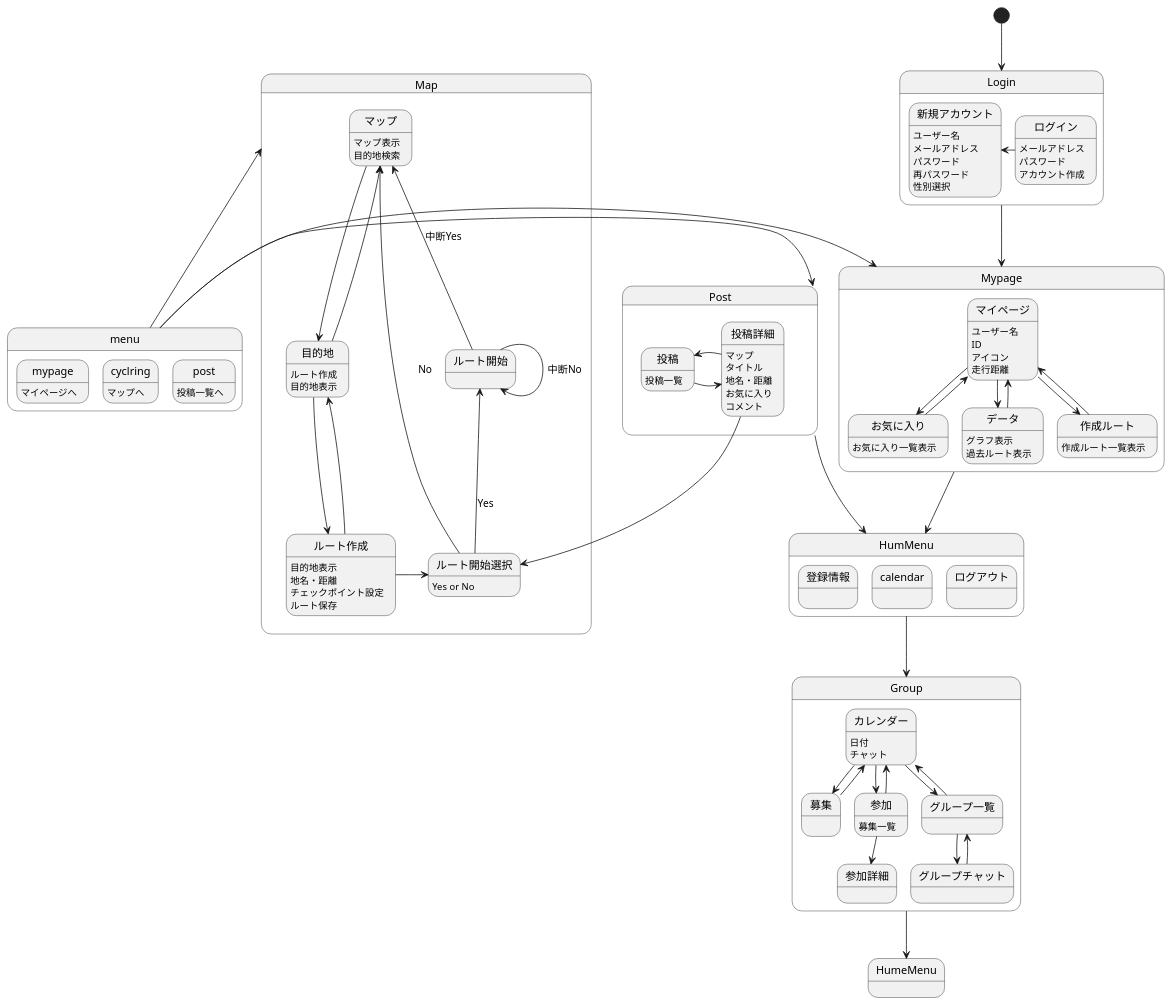
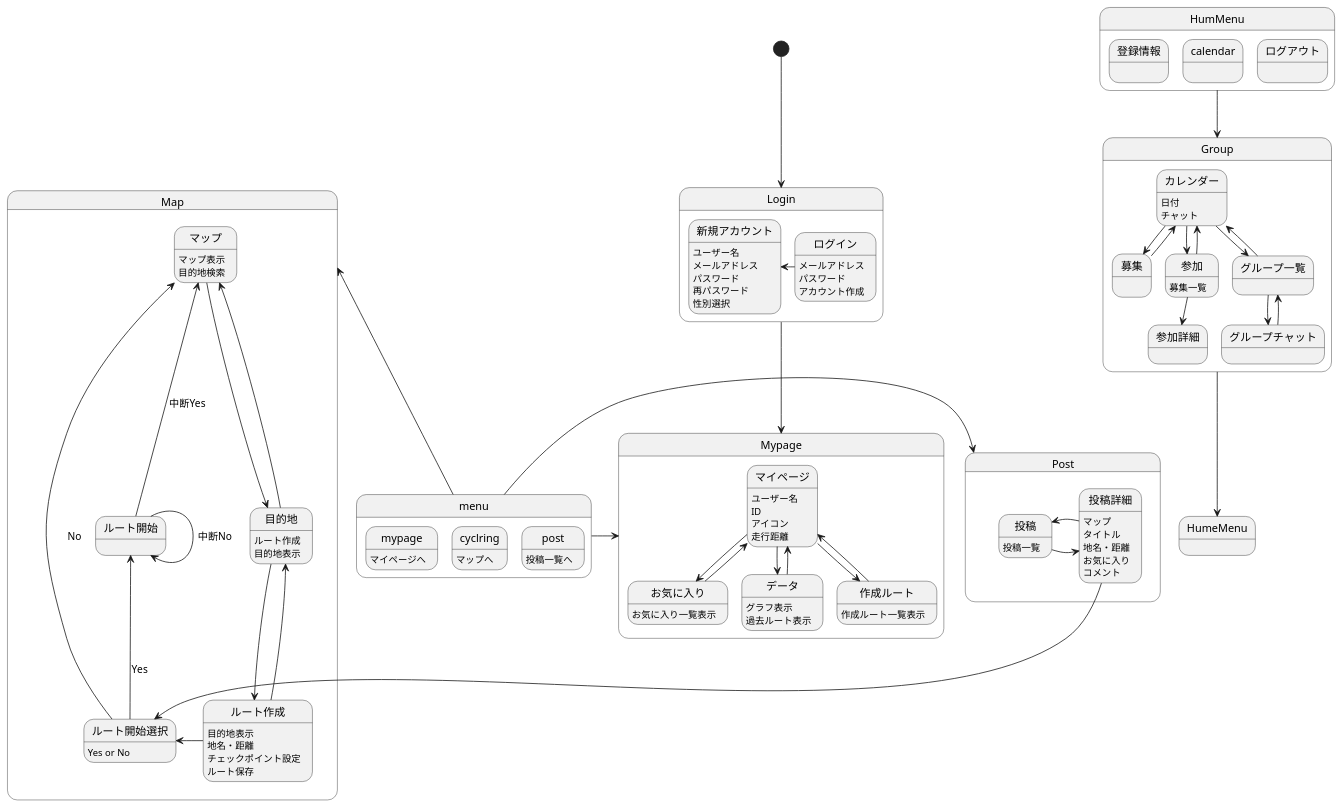
The diagram in 画面遷移図/gm.md (AsoSD3A3/CyclingSystem), drawn with PlantUML before and after one commit.

```diff
--- a/画面遷移図/gm.md
+++ b/画面遷移図/gm.md
@@ -15,9 +15,6 @@
 
 HumMenu-down->Group
 Group-->HumeMenu
-
-Mypage-down->HumMenu
-Post-down->HumMenu
 
 state Group{
 カレンダー:日付
```
